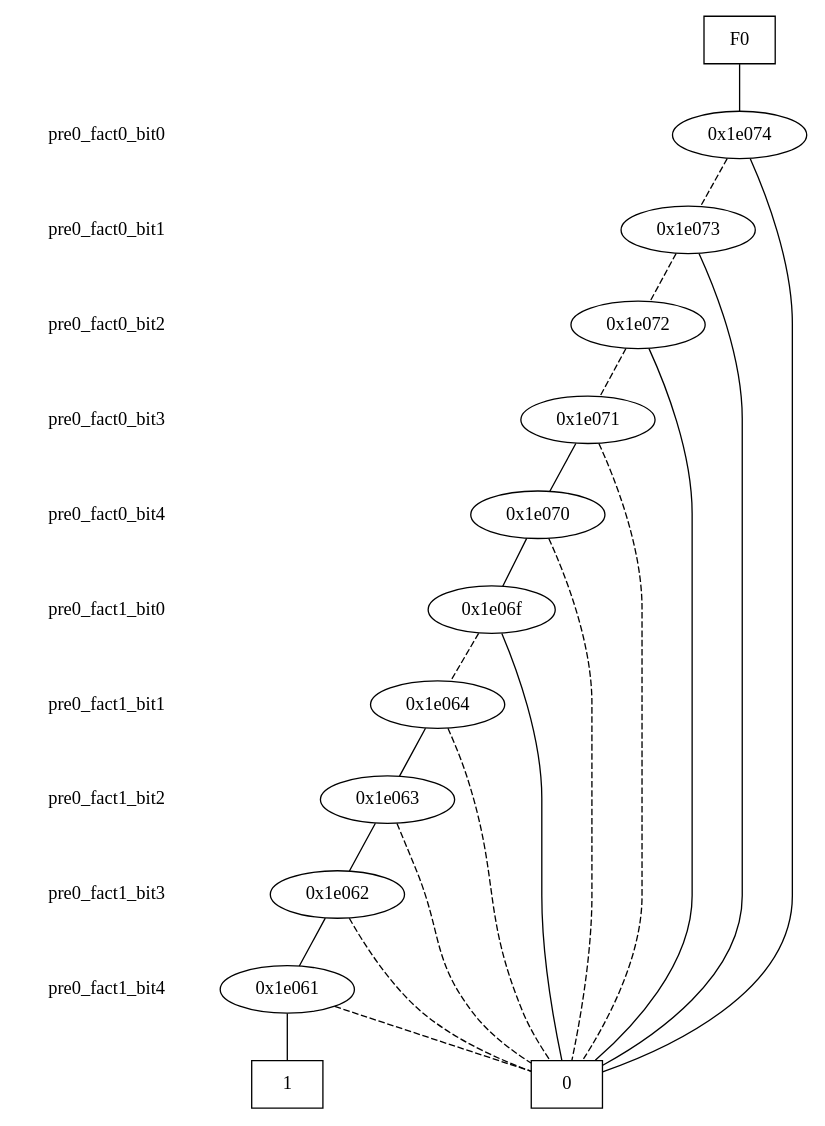
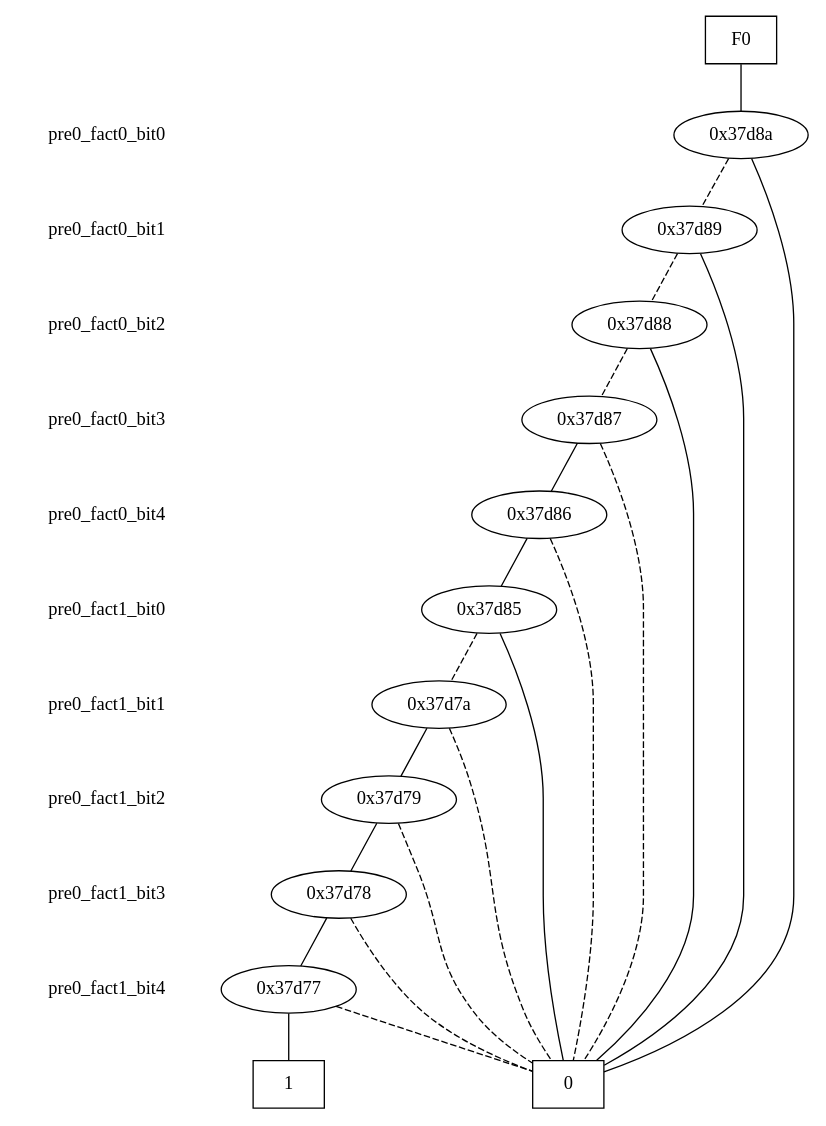
The diagram in set_to_bdd.dot (galvusdamor/downward-hm), drawn with Graphviz before and after one commit. The commit also changed 10 other files, not shown here.

```diff
--- a/set_to_bdd.dot
+++ b/set_to_bdd.dot
@@ -1,70 +1,70 @@
 digraph "DD" {
 size = "7.5,10"
 center = true;
 edge [dir = none];
 { node [shape = plaintext];
   edge [style = invis];
   "CONST NODES" [style = invis];
 " pre0_fact0_bit0 " -> " pre0_fact0_bit1 " -> " pre0_fact0_bit2 " -> " pre0_fact0_bit3 " -> " pre0_fact0_bit4 " -> " pre0_fact1_bit0 " -> " pre0_fact1_bit1 " -> " pre0_fact1_bit2 " -> " pre0_fact1_bit3 " -> " pre0_fact1_bit4 " -> "CONST NODES"; 
 }
 { rank = same; node [shape = box]; edge [style = invis];
 "F0"; }
 { rank = same; " pre0_fact0_bit0 ";
-"0x1e074";
+"0x37d8a";
 }
 { rank = same; " pre0_fact0_bit1 ";
-"0x1e073";
+"0x37d89";
 }
 { rank = same; " pre0_fact0_bit2 ";
-"0x1e072";
+"0x37d88";
 }
 { rank = same; " pre0_fact0_bit3 ";
-"0x1e071";
+"0x37d87";
 }
 { rank = same; " pre0_fact0_bit4 ";
-"0x1e070";
+"0x37d86";
 }
 { rank = same; " pre0_fact1_bit0 ";
-"0x1e06f";
+"0x37d85";
 }
 { rank = same; " pre0_fact1_bit1 ";
-"0x1e064";
+"0x37d7a";
 }
 { rank = same; " pre0_fact1_bit2 ";
-"0x1e063";
+"0x37d79";
 }
 { rank = same; " pre0_fact1_bit3 ";
-"0x1e062";
+"0x37d78";
 }
 { rank = same; " pre0_fact1_bit4 ";
-"0x1e061";
+"0x37d77";
 }
 { rank = same; "CONST NODES";
-{ node [shape = box]; "0xab9c";
-"0xab9b";
+{ node [shape = box]; "0x247b1";
+"0x247b0";
 }
 }
-"F0" -> "0x1e074" [style = solid];
-"0x1e074" -> "0xab9c";
-"0x1e074" -> "0x1e073" [style = dashed];
-"0x1e073" -> "0xab9c";
-"0x1e073" -> "0x1e072" [style = dashed];
-"0x1e072" -> "0xab9c";
-"0x1e072" -> "0x1e071" [style = dashed];
-"0x1e071" -> "0x1e070";
-"0x1e071" -> "0xab9c" [style = dashed];
-"0x1e070" -> "0x1e06f";
-"0x1e070" -> "0xab9c" [style = dashed];
-"0x1e06f" -> "0xab9c";
-"0x1e06f" -> "0x1e064" [style = dashed];
-"0x1e064" -> "0x1e063";
-"0x1e064" -> "0xab9c" [style = dashed];
-"0x1e063" -> "0x1e062";
-"0x1e063" -> "0xab9c" [style = dashed];
-"0x1e062" -> "0x1e061";
-"0x1e062" -> "0xab9c" [style = dashed];
-"0x1e061" -> "0xab9b";
-"0x1e061" -> "0xab9c" [style = dashed];
-"0xab9c" [label = "0"];
-"0xab9b" [label = "1"];
+"F0" -> "0x37d8a" [style = solid];
+"0x37d8a" -> "0x247b1";
+"0x37d8a" -> "0x37d89" [style = dashed];
+"0x37d89" -> "0x247b1";
+"0x37d89" -> "0x37d88" [style = dashed];
+"0x37d88" -> "0x247b1";
+"0x37d88" -> "0x37d87" [style = dashed];
+"0x37d87" -> "0x37d86";
+"0x37d87" -> "0x247b1" [style = dashed];
+"0x37d86" -> "0x37d85";
+"0x37d86" -> "0x247b1" [style = dashed];
+"0x37d85" -> "0x247b1";
+"0x37d85" -> "0x37d7a" [style = dashed];
+"0x37d7a" -> "0x37d79";
+"0x37d7a" -> "0x247b1" [style = dashed];
+"0x37d79" -> "0x37d78";
+"0x37d79" -> "0x247b1" [style = dashed];
+"0x37d78" -> "0x37d77";
+"0x37d78" -> "0x247b1" [style = dashed];
+"0x37d77" -> "0x247b0";
+"0x37d77" -> "0x247b1" [style = dashed];
+"0x247b1" [label = "0"];
+"0x247b0" [label = "1"];
 }
```
